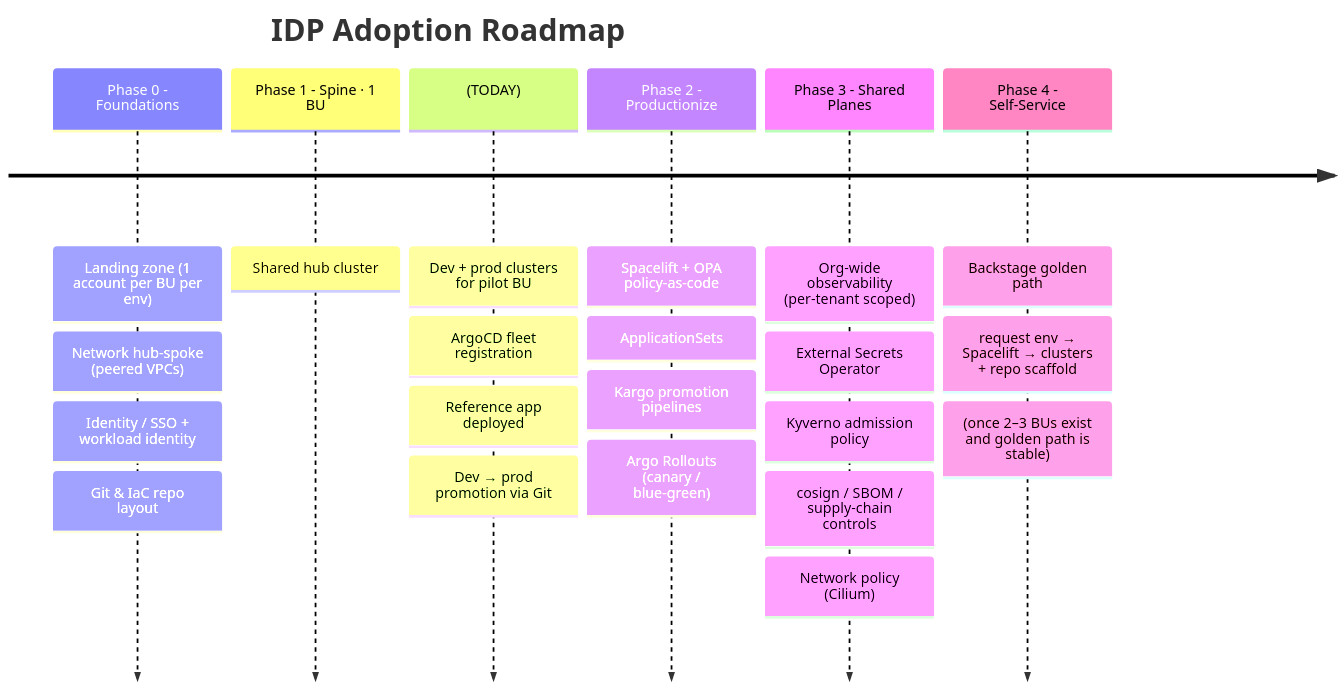
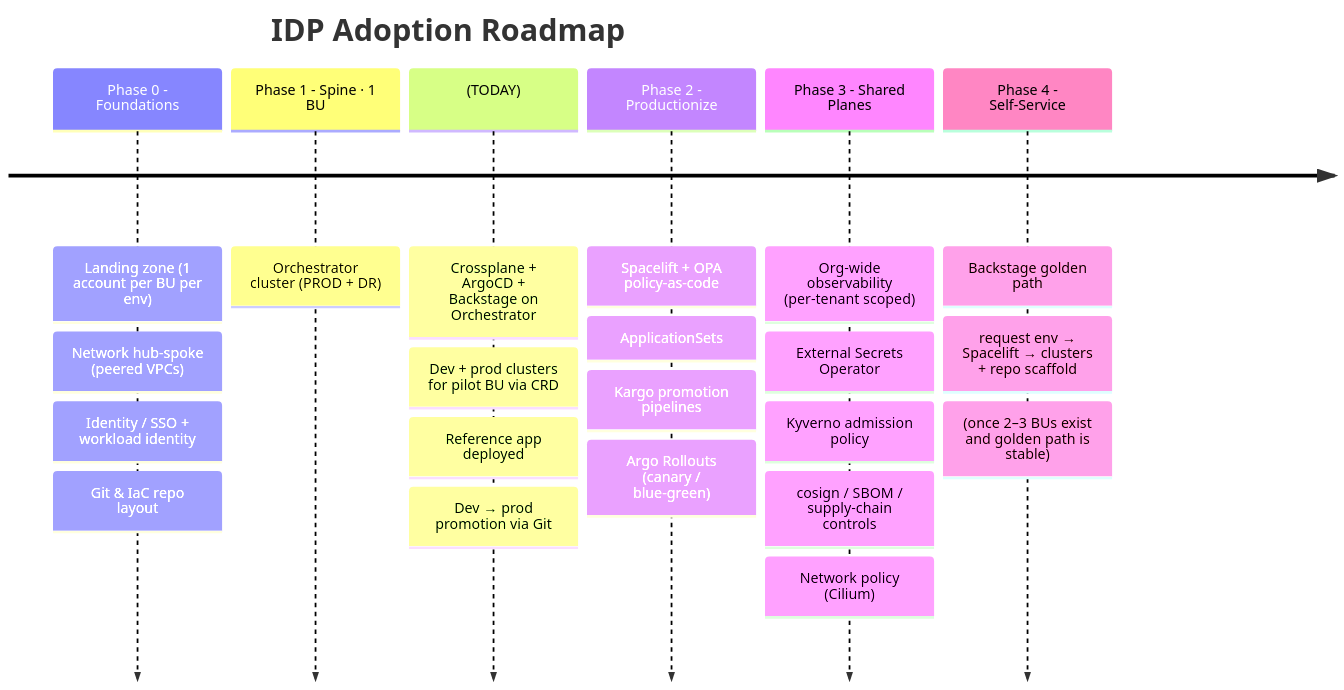
Before and after one commit to urukube/.github: the fifth of 5 diagrams in .github/README.md, drawn with Mermaid. The commit also changed other lines of this file, not shown here.

First line of the commit message:
docs(readme): introduce Orchestrator Cluster with Crossplane + CRD model

````diff
--- a/.github/README.md
+++ b/.github/README.md
@@ -190,25 +194,25 @@
 ```mermaid
 timeline
     title IDP Adoption Roadmap
     Phase 0 - Foundations      : Landing zone (1 account per BU per env)
                                : Network hub-spoke (peered VPCs)
                                : Identity / SSO + workload identity
                                : Git & IaC repo layout
-    Phase 1 - Spine · 1 BU    : Shared hub cluster
-    (TODAY)                    : Dev + prod clusters for pilot BU
-                               : ArgoCD fleet registration
+    Phase 1 - Spine · 1 BU    : Orchestrator cluster (PROD + DR)
+    (TODAY)                    : Crossplane + ArgoCD + Backstage on Orchestrator
+                               : Dev + prod clusters for pilot BU via CRD
                                : Reference app deployed
                                : Dev → prod promotion via Git
     Phase 2 - Productionize    : Spacelift + OPA policy-as-code
                                : ApplicationSets
                                : Kargo promotion pipelines
                                : Argo Rollouts (canary / blue-green)
     Phase 3 - Shared Planes    : Org-wide observability (per-tenant scoped)
                                : External Secrets Operator
                                : Kyverno admission policy
                                : cosign / SBOM / supply-chain controls
                                : Network policy (Cilium)
     Phase 4 - Self-Service     : Backstage golden path
                                : request env → Spacelift → clusters + repo scaffold
                                : (once 2–3 BUs exist and golden path is stable)
 ```
````
